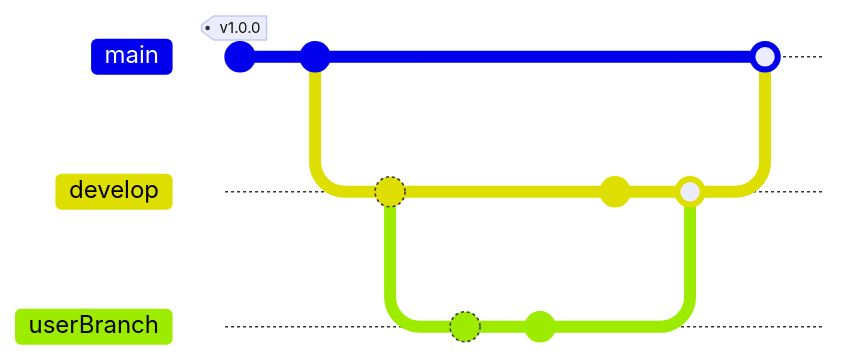
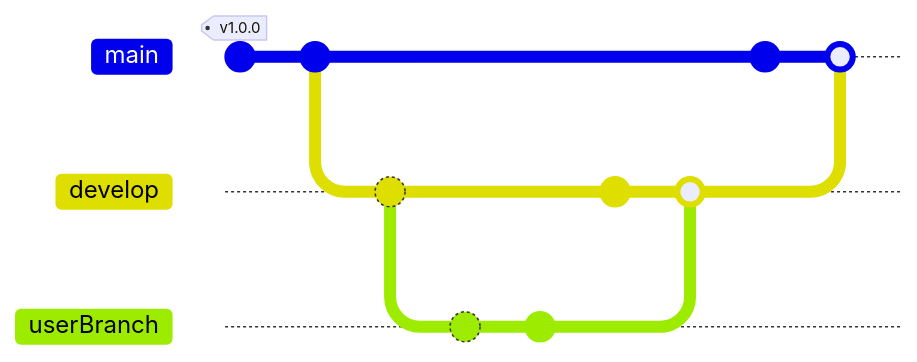
One commit to TheNefelin/BootcApp changed the second of 2 diagrams in README.md. Above: the diagram before and after it, drawn with Mermaid. Commit ids are hidden.

Commit message:
Security in Grade List

````diff
--- a/README.md
+++ b/README.md
@@ -26,17 +26,18 @@
 ```mermaid
 gitGraph
     commit id: "init" tag: "v1.0.0"
     commit
     branch develop
     checkout develop
     commit id: "new develop branch"
     branch userBranch
     checkout userBranch
     commit id: "new user branch"
     commit id: "new modify"
     checkout develop
     commit id: "other modify"
     merge userBranch
     checkout main
+    commit id: "other merge"
     merge develop
 ```
````
